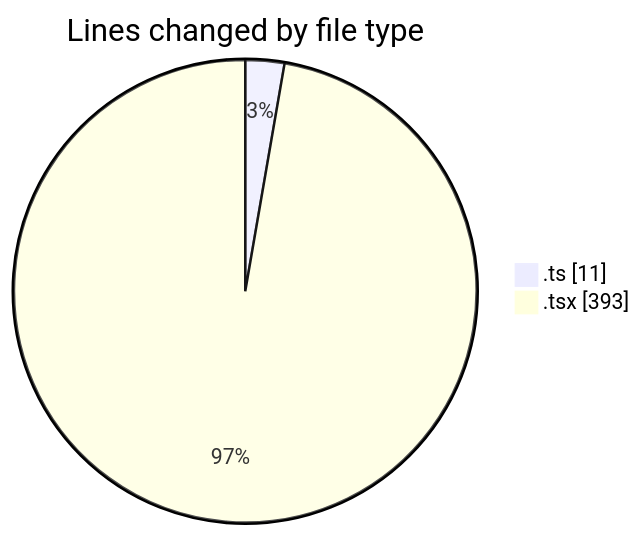
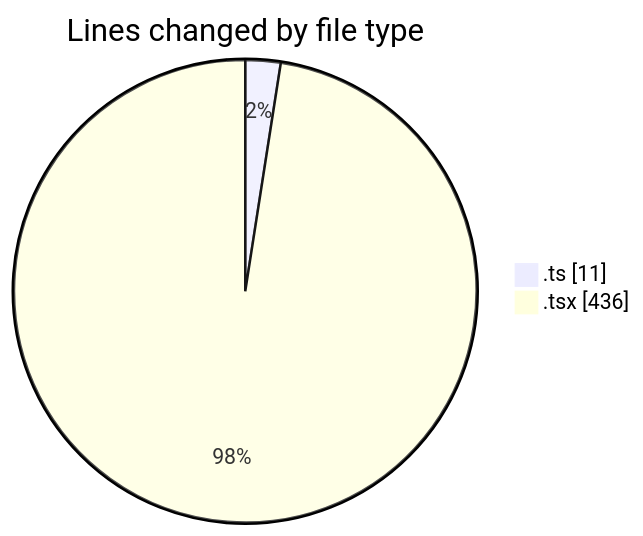
One commit to momahboobian/code-tracking changed the first of 2 diagrams in 2025-03-21/cda/README.md. Above: the diagram before and after it, drawn with Mermaid. The commit also changed other lines of this file and 1 other file, not shown here.

````diff
--- a/2025-03-21/cda/README.md
+++ b/2025-03-21/cda/README.md
@@ -23,6 +23,6 @@
 ```mermaid
 pie showData
 title Lines changed by file type
 ".ts" : 11
-".tsx" : 393
+".tsx" : 436
 ```
````
